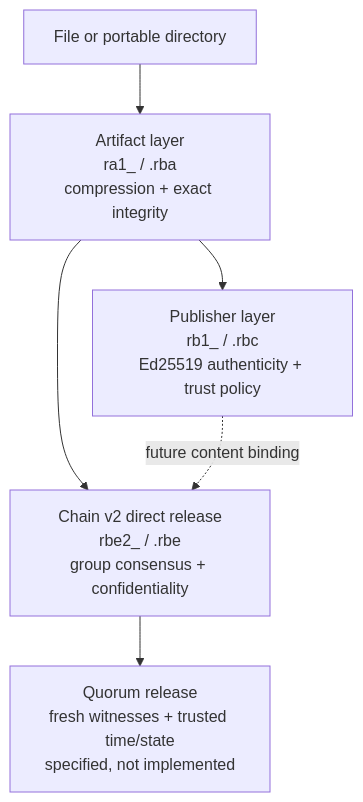
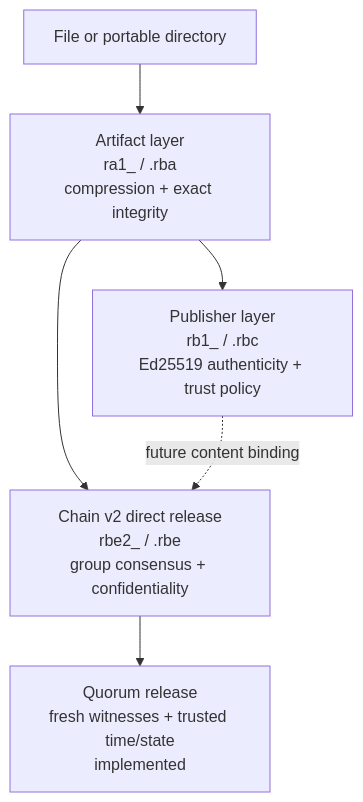
One commit to pedro5g/Rebyte changed the first of 5 diagrams in docs/chain-architecture.md. Above: the diagram before and after it, drawn with Mermaid. The commit also changed other lines of this file and 23 other files, not shown here.

Commit message:
feat(chain): enforce quorum release sessions

````diff
--- a/docs/chain-architecture.md
+++ b/docs/chain-architecture.md
@@ -68,14 +69,14 @@
 ```mermaid
 flowchart TB
     S[File or portable directory]
     A[Artifact layer<br/>ra1_ / .rba<br/>compression + exact integrity]
     P[Publisher layer<br/>rb1_ / .rbc<br/>Ed25519 authenticity + trust policy]
     C[Chain v2 direct release<br/>rbe2_ / .rbe<br/>group consensus + confidentiality]
-    Q[Quorum release<br/>fresh witnesses + trusted time/state<br/>specified, not implemented]
+    Q[Quorum release<br/>fresh witnesses + trusted time/state<br/>implemented]
 
     S --> A
     A --> P
     A --> C
     P -. future content binding .-> C
     C --> Q
 ```
````
